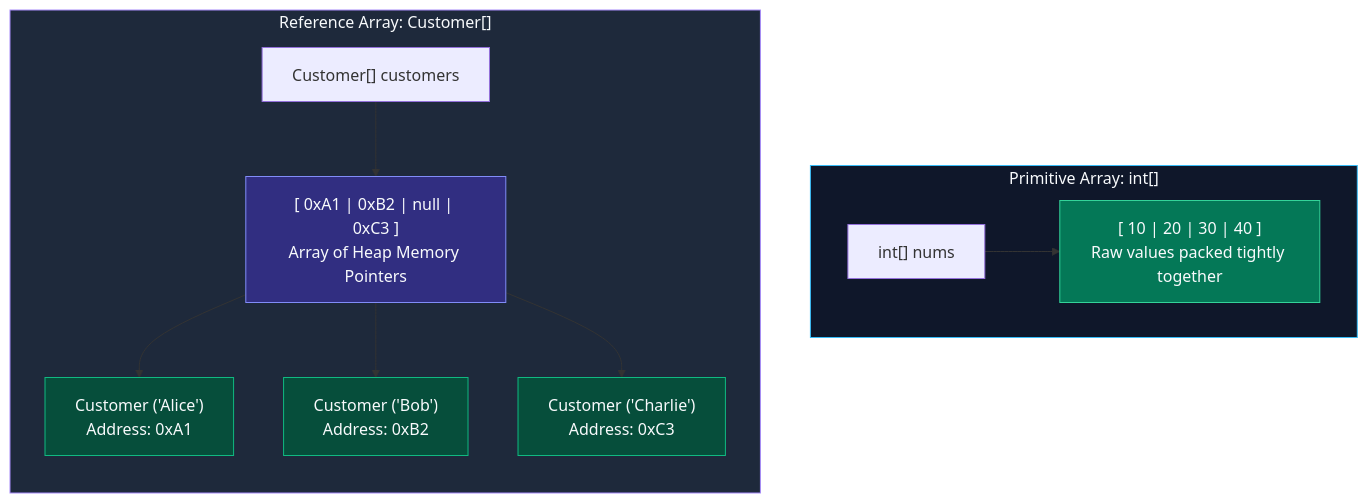
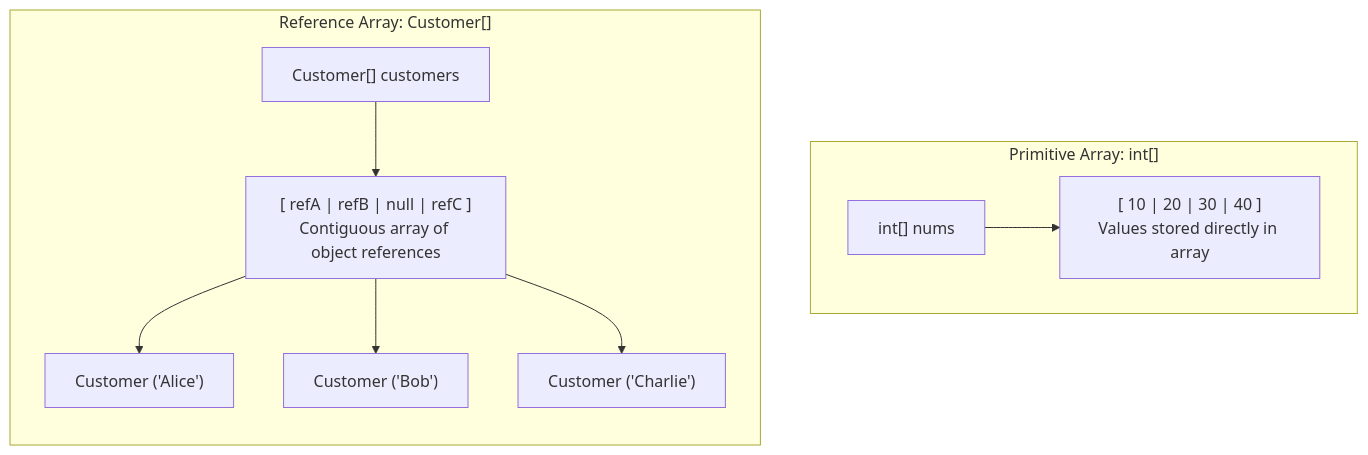
The second of 3 diagrams in content/roadmap/level-0/arrays-2d-matrices.md (ravishankar2463/java_hub), drawn with Mermaid before and after one commit. The commit also changed other lines of this file and 119 other files, not shown here.

Commit message:
feat: add comprehensive java learning roadmap content across multiple levels

````diff
--- a/content/roadmap/level-0/arrays-2d-matrices.md
+++ b/content/roadmap/level-0/arrays-2d-matrices.md
@@ -128,23 +107,15 @@
 ```mermaid
 flowchart TD
-    subgraph PrimCase ["Primitive Array: int[]"]
+    subgraph prim ["Primitive Array: int[]"]
         direction LR
-        P_Ref["int[] nums"] --> P_Heap["[ 10 | 20 | 30 | 40 ]<br/>Raw values packed tightly together"]
+        pRef["int[] nums"] --> pBlock["[ 10 | 20 | 30 | 40 ]<br/>Values stored directly in array"]
     end
 
-    subgraph RefCase ["Reference Array: Customer[]"]
+    subgraph refCase ["Reference Array: Customer[]"]
         direction TB
-        R_Ref["Customer[] customers"] --> R_Pointers["[ 0xA1 | 0xB2 | null | 0xC3 ]<br/>Array of Heap Memory Pointers"]
-        R_Pointers --> ObjA["Customer ('Alice')<br/>Address: 0xA1"]
-        R_Pointers --> ObjB["Customer ('Bob')<br/>Address: 0xB2"]
-        R_Pointers --> ObjC["Customer ('Charlie')<br/>Address: 0xC3"]
+        rRef["Customer[] customers"] --> rBlock["[ refA | refB | null | refC ]<br/>Contiguous array of object references"]
+        rBlock --> objA["Customer ('Alice')"]
+        rBlock --> objB["Customer ('Bob')"]
+        rBlock --> objC["Customer ('Charlie')"]
     end
-
-    style PrimCase fill:#0f172a,stroke:#38bdf8,color:#f8fafc
-    style RefCase fill:#1e293b,stroke:#a78bfa,color:#f8fafc
-    style P_Heap fill:#047857,stroke:#34d399,color:#f8fafc
-    style R_Pointers fill:#312e81,stroke:#818cf8,color:#f8fafc
-    style ObjA fill:#064e3b,stroke:#10b981,color:#f8fafc
-    style ObjB fill:#064e3b,stroke:#10b981,color:#f8fafc
-    style ObjC fill:#064e3b,stroke:#10b981,color:#f8fafc
 ```
````
